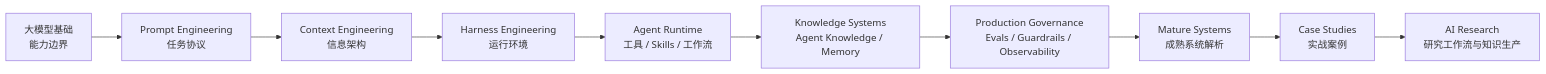
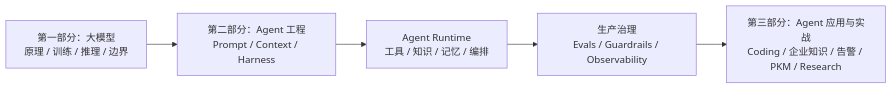
The diagram in books/ai-book/src/README.md (wxquare/wxquare.github.io), drawn with Mermaid before and after one commit. The commit also changed other lines of this file and 17 other files, not shown here.

````diff
--- a/books/ai-book/src/README.md
+++ b/books/ai-book/src/README.md
@@ -11,12 +11,7 @@
 ```mermaid
 flowchart LR
-    A["大模型基础<br/>能力边界"] --> B["Prompt Engineering<br/>任务协议"]
-    B --> C["Context Engineering<br/>信息架构"]
-    C --> D["Harness Engineering<br/>运行环境"]
-    D --> E["Agent Runtime<br/>工具 / Skills / 工作流"]
-    E --> F["Knowledge Systems<br/>Agent Knowledge / Memory"]
-    F --> G["Production Governance<br/>Evals / Guardrails / Observability"]
-    G --> H["Mature Systems<br/>成熟系统解析"]
-    H --> I["Case Studies<br/>实战案例"]
-    I --> J["AI Research<br/>研究工作流与知识生产"]
+    A["第一部分：大模型<br/>原理 / 训练 / 推理 / 边界"] --> B["第二部分：Agent 工程<br/>Prompt / Context / Harness"]
+    B --> C["Agent Runtime<br/>工具 / 知识 / 记忆 / 编排"]
+    C --> D["生产治理<br/>Evals / Guardrails / Observability"]
+    D --> E["第三部分：Agent 应用与实战<br/>Coding / 企业知识 / 告警 / PKM / Research"]
 ```
````
